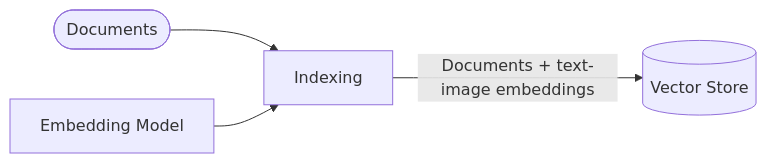
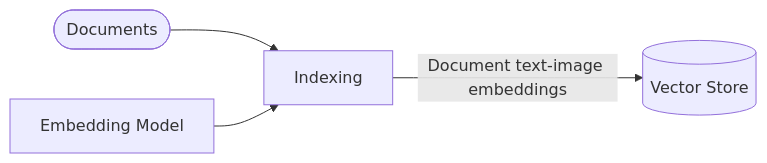
Before and after one commit to pablocian/nemotron-vl-rag-pipeline-pokemon: the first of 2 diagrams in README.md, drawn with Mermaid. The commit also changed other lines of this file and 3 other files, not shown here.

````diff
--- a/README.md
+++ b/README.md
@@ -32,11 +32,11 @@
 ```mermaid
 flowchart LR
     Docs([Documents])
     Embedmodel[Embedding Model]
     Indexing[Indexing]
     VS[(Vector Store)]
 
     Docs --> Indexing
     Embedmodel --> Indexing
-    Indexing -->|"Documents + text-image embeddings"| VS
+    Indexing -->|"Document text-image embeddings"| VS
 ```
````
